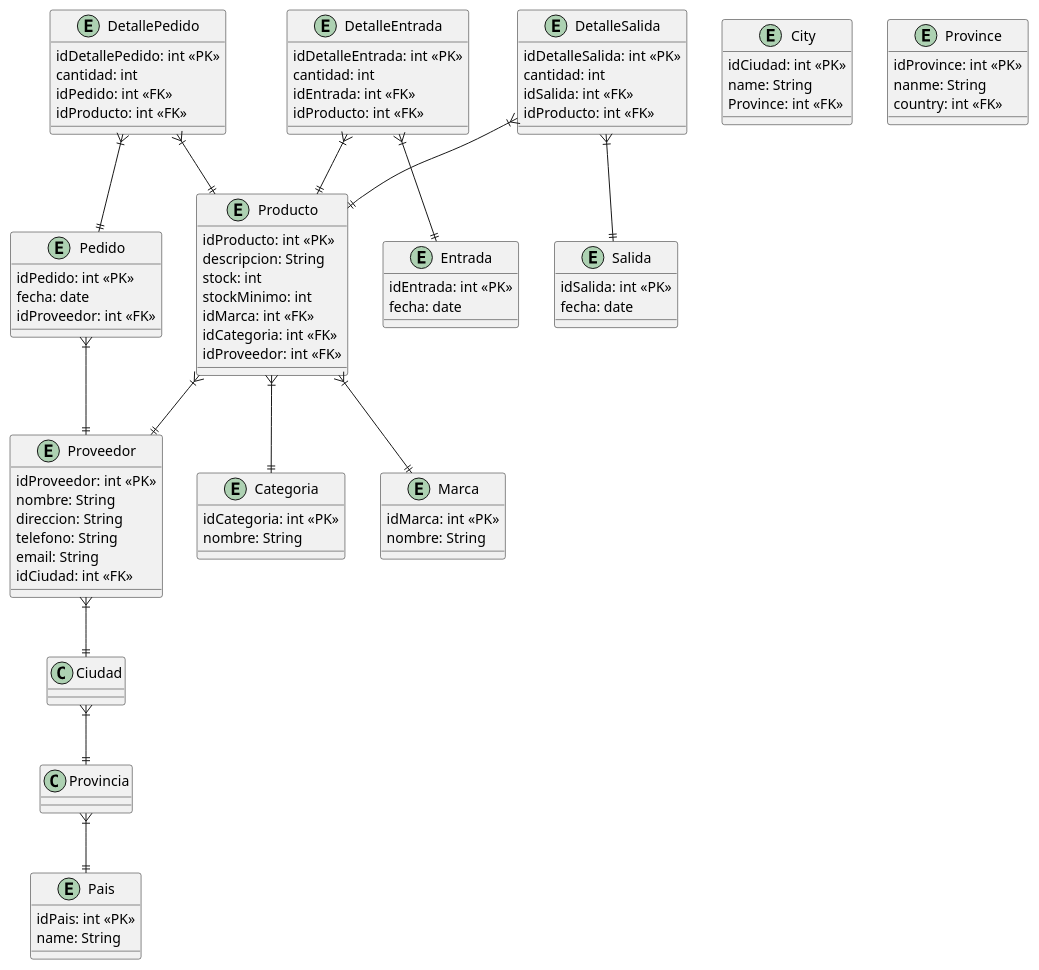
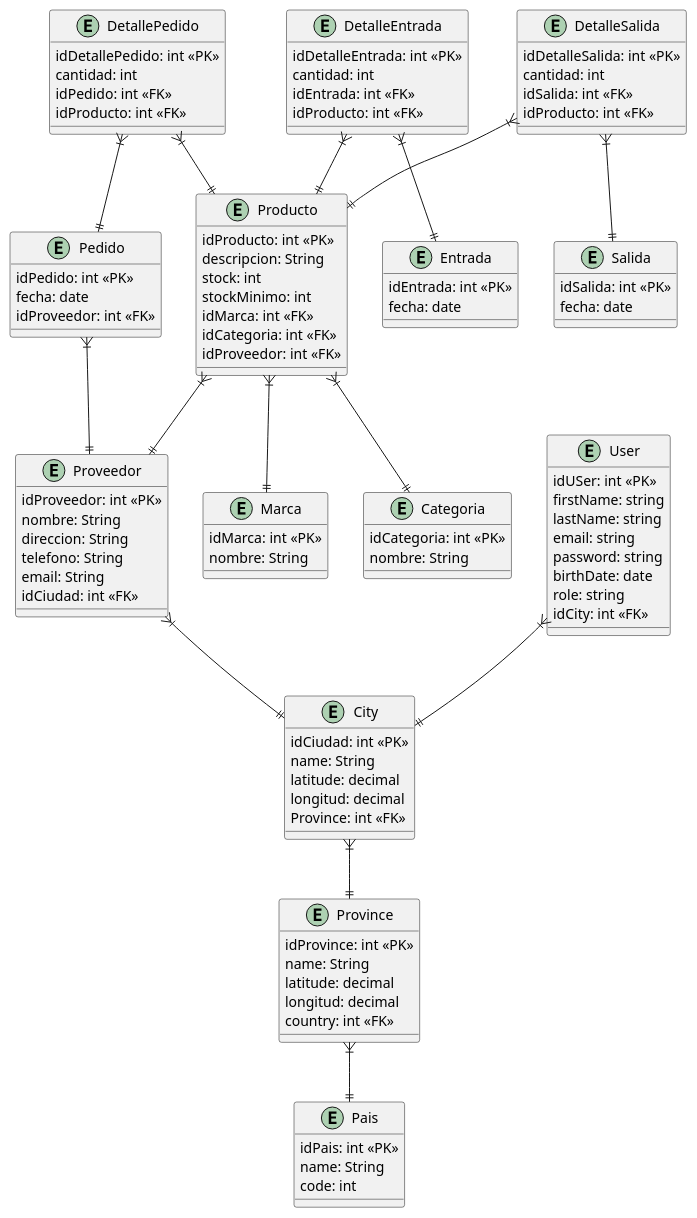
One commit to MartinCostamagna/ControlDeStock changed the diagram in Diagramas/Diagrama de Entidad Relacion.puml. Above: the diagram before and after it, drawn with PlantUML. The commit also changed 82 other files, not shown here.

```diff
--- a/Diagramas/Diagrama de Entidad Relacion.puml
+++ b/Diagramas/Diagrama de Entidad Relacion.puml
@@ -1,99 +1,116 @@
 @startuml Diagrama de Entidad Relacion
 entity Producto {
     idProducto: int <<PK>>
     descripcion: String
     stock: int
     stockMinimo: int
     idMarca: int <<FK>>
     idCategoria: int <<FK>>
     idProveedor: int <<FK>>
 }
 
 entity Marca {
     idMarca: int <<PK>>
     nombre: String
 }
 
 entity Categoria {
     idCategoria: int <<PK>>
     nombre: String
 }
 
 entity Proveedor {
     idProveedor: int <<PK>>
     nombre: String
     direccion: String
     telefono: String
     email: String
     idCiudad: int <<FK>>
 }
 
 entity City {
     idCiudad: int <<PK>>
     name: String
+    latitude: decimal
+    longitud: decimal
     Province: int <<FK>>
 }
 
 entity Province {
     idProvince: int <<PK>>
-    nanme: String
+    name: String
+    latitude: decimal
+    longitud: decimal
     country: int <<FK>>
 }
 
 entity Pais {
     idPais: int <<PK>>
     name: String
+    code: int
 }
 
 entity Pedido {
     idPedido: int <<PK>>
     fecha: date
     idProveedor: int <<FK>>
 }
 
 entity DetallePedido {
     idDetallePedido: int <<PK>>
     cantidad: int
     idPedido: int <<FK>>
     idProducto: int <<FK>>
 }
 
 entity Entrada {
     idEntrada: int <<PK>>
     fecha: date
 }
 
 entity DetalleEntrada {
     idDetalleEntrada: int <<PK>>
     cantidad: int
     idEntrada: int <<FK>>
     idProducto: int <<FK>>
 }
 
 entity Salida {
     idSalida: int <<PK>>
     fecha: date
 }
 
 entity DetalleSalida {
     idDetalleSalida: int <<PK>>
     cantidad: int
     idSalida: int <<FK>>
     idProducto: int <<FK>>
 }
 
+entity User {
+    idUSer: int <<PK>>
+    firstName: string
+    lastName: string
+    email: string
+    password: string
+    birthDate: date
+    role: string
+    idCity: int <<FK>>
+}
+
 Producto }|--|| Marca
 Producto }|--|| Categoria
 Producto }|--|| Proveedor
-Proveedor }|--|| Ciudad
-Ciudad }|--|| Provincia
-Provincia }|--|| Pais
+Proveedor }|--|| City
+User }|--|| City 
+City }|--|| Province
+Province }|--|| Pais
 Pedido }|--|| Proveedor
 DetallePedido }|--|| Pedido
 DetallePedido }|--|| Producto
 DetalleEntrada }|--|| Entrada
 DetalleEntrada }|--|| Producto
 DetalleSalida }|--|| Salida
 DetalleSalida }|--|| Producto
 
 @enduml
```
